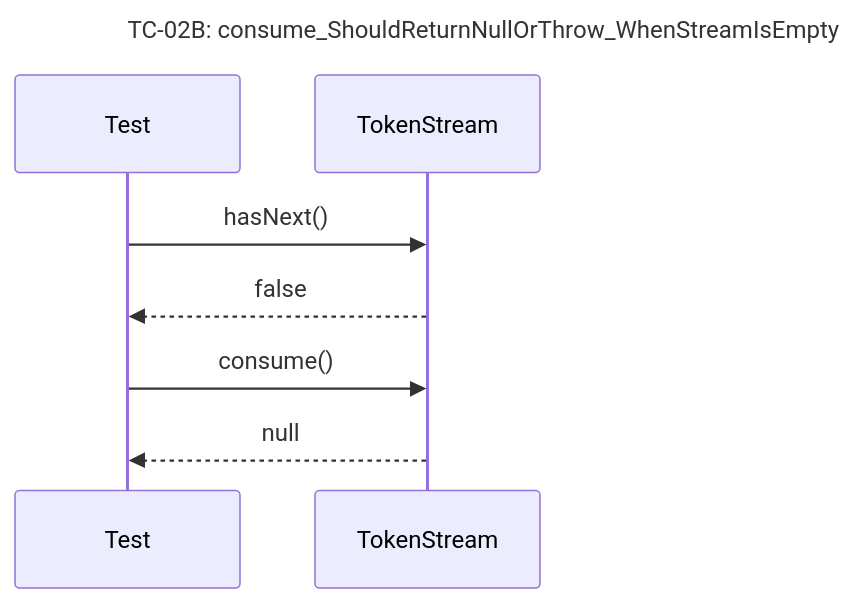
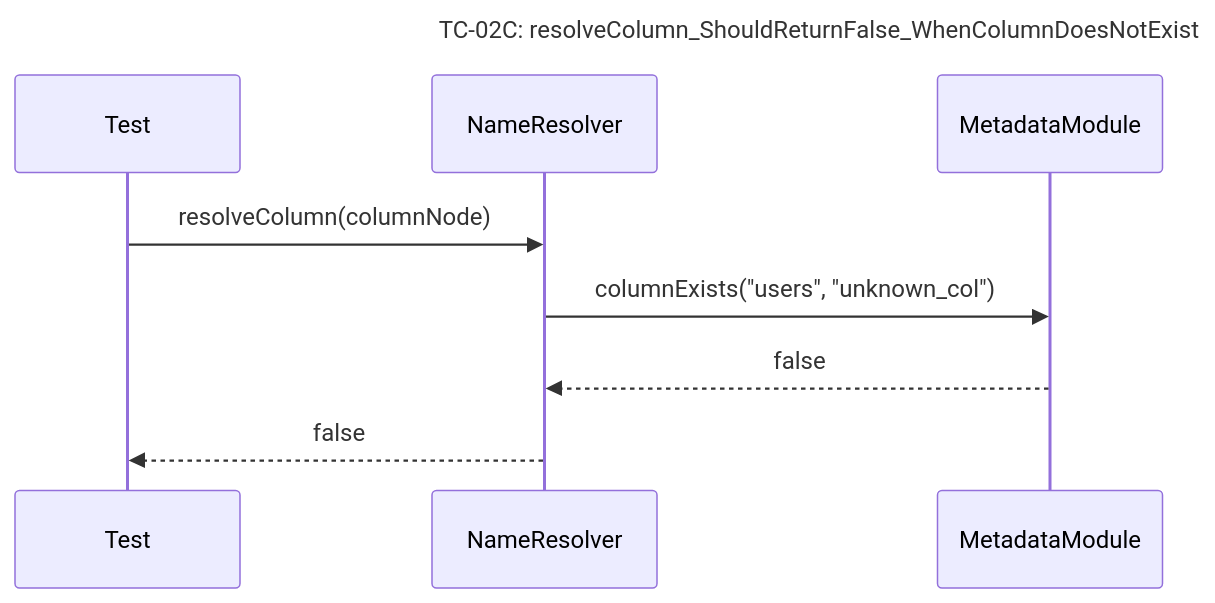
One commit to Dikhang1112/Database_Management_BBV changed the ninth of 30 diagrams in docs/unit_test/query_prossor/SequeceTestCase.md. Above: the diagram before and after it, drawn with Mermaid. The commit also changed other lines of this file and 2 other files, not shown here.

Commit message:
Add unit test for senetic analysis

````diff
--- a/docs/unit_test/query_prossor/SequeceTestCase.md
+++ b/docs/unit_test/query_prossor/SequeceTestCase.md
@@ -116,11 +137,12 @@
 ```mermaid
 sequenceDiagram
-    title TC-02B: consume_ShouldReturnNullOrThrow_WhenStreamIsEmpty
+    title TC-02C: resolveColumn_ShouldReturnFalse_WhenColumnDoesNotExist
     participant Test
-    participant TokenStream
+    participant NameResolver
+    participant MetadataModule
 
-    Test->>TokenStream: hasNext()
-    TokenStream-->>Test: false
-    Test->>TokenStream: consume()
-    TokenStream-->>Test: null
+    Test->>NameResolver: resolveColumn(columnNode)
+    NameResolver->>MetadataModule: columnExists("users", "unknown_col")
+    MetadataModule-->>NameResolver: false
+    NameResolver-->>Test: false
 ```
````
